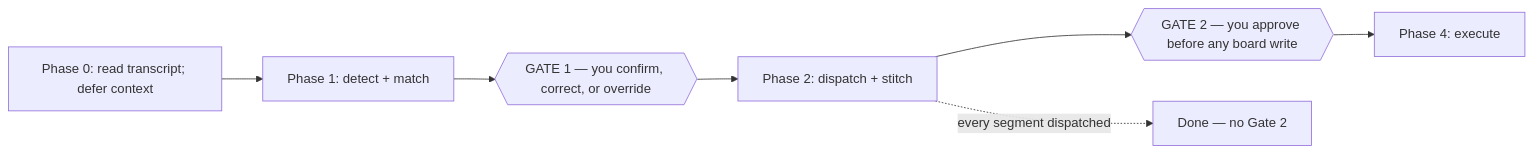
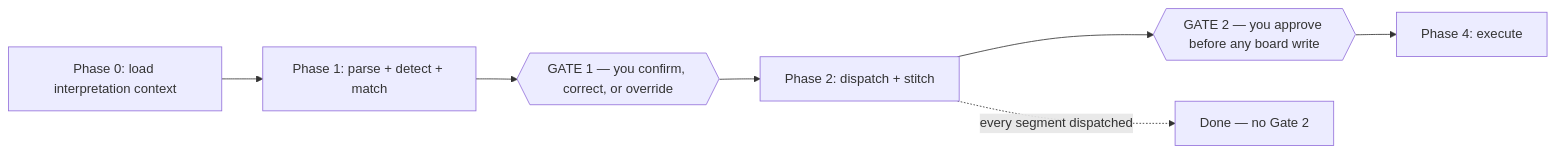
One commit to CauchyIO/awow changed the second of 2 diagrams in guides/guide-transcript-router.md. Above: the diagram before and after it, drawn with Mermaid. The commit also changed other lines of this file and 5 other files, not shown here.

Commit message:
Preload transcript interpretation context

````diff
--- a/guides/guide-transcript-router.md
+++ b/guides/guide-transcript-router.md
@@ -86,9 +87,9 @@
 ```mermaid
 flowchart LR
-  p0[Phase 0: read transcript; defer context] --> p1[Phase 1: detect + match]
+  p0[Phase 0: load interpretation context] --> p1[Phase 1: parse + detect + match]
   p1 --> g1{{"GATE 1 — you confirm, correct, or override"}}
   g1 --> p2[Phase 2: dispatch + stitch]
   p2 --> g2{{"GATE 2 — you approve before any board write"}}
   g2 --> p4[Phase 4: execute]
   p2 -. every segment dispatched .-> done[Done — no Gate 2]
 ```
````
